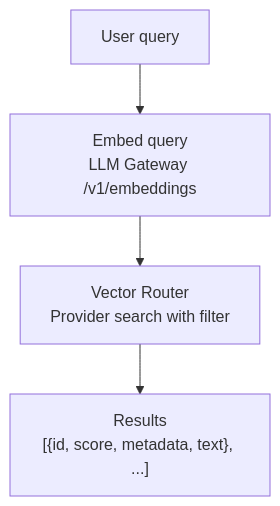
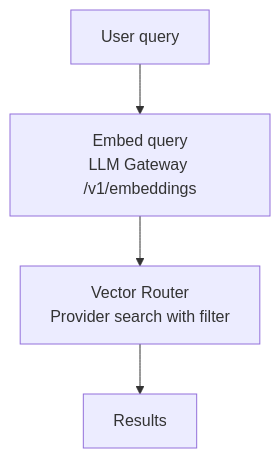
One commit to prismeai/docs changed the diagram in services/storage/vector-stores.mdx. Above: the diagram before and after it, drawn with Mermaid. The commit also changed other lines of this file and 40 other files, not shown here.

````diff
--- a/services/storage/vector-stores.mdx
+++ b/services/storage/vector-stores.mdx
@@ -109,6 +111,6 @@
 ```mermaid
 flowchart TD
     Q[User query] --> EMB[Embed query\nLLM Gateway /v1/embeddings]
     EMB --> VR[Vector Router\nProvider search with filter]
-    VR --> RES["Results\n[{id, score, metadata, text}, ...]"]
+    VR --> RES[Results]
 ```
````
